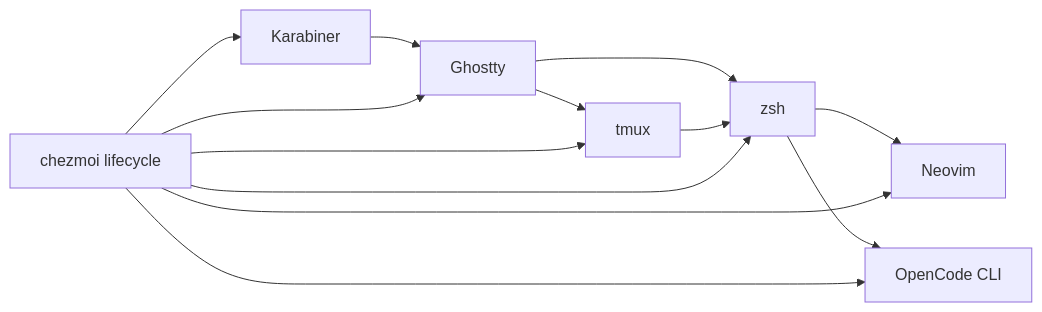
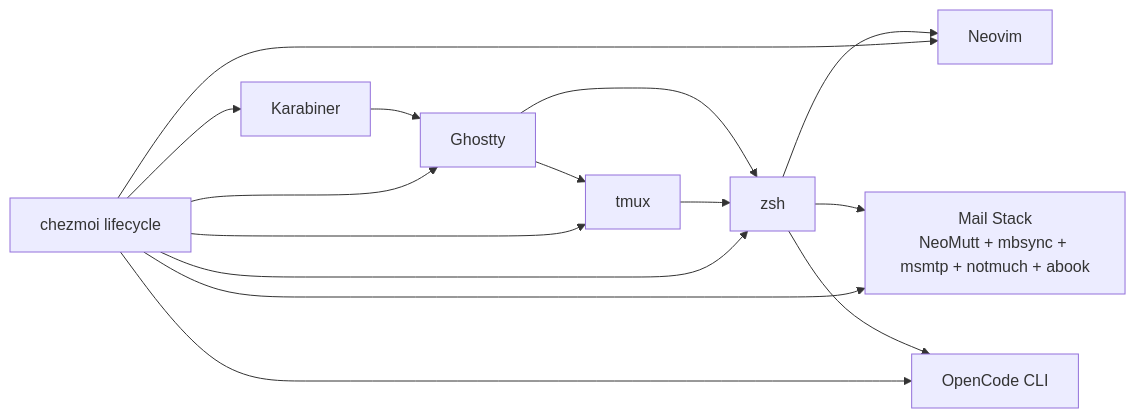
Before and after one commit to mbastakis/dotfiles: the first of 2 diagrams in docs/architecture/overview.md, drawn with Mermaid. The commit also changed other lines of this file and 4 other files, not shown here.

````diff
--- a/docs/architecture/overview.md
+++ b/docs/architecture/overview.md
@@ -7,15 +7,17 @@
 ```mermaid
 flowchart LR
   K[Karabiner] --> G[Ghostty]
   G --> T[tmux]
   G --> Z[zsh]
   T --> Z
   Z --> N[Neovim]
+  Z --> M[Mail Stack\nNeoMutt + mbsync + msmtp + notmuch + abook]
   Z --> O[OpenCode CLI]
   C[chezmoi lifecycle] --> Z
   C --> N
+  C --> M
   C --> O
   C --> K
   C --> G
   C --> T
 ```
````
